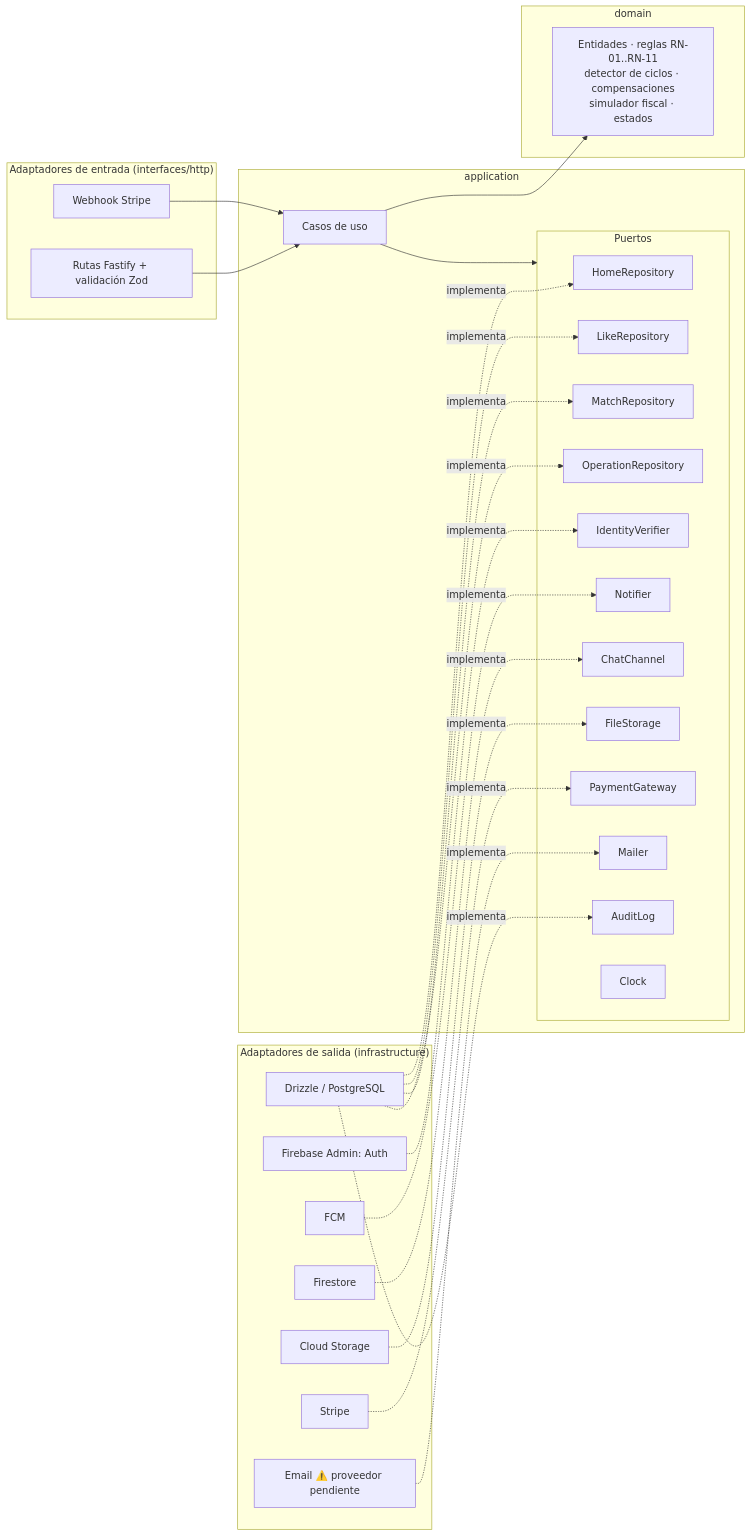
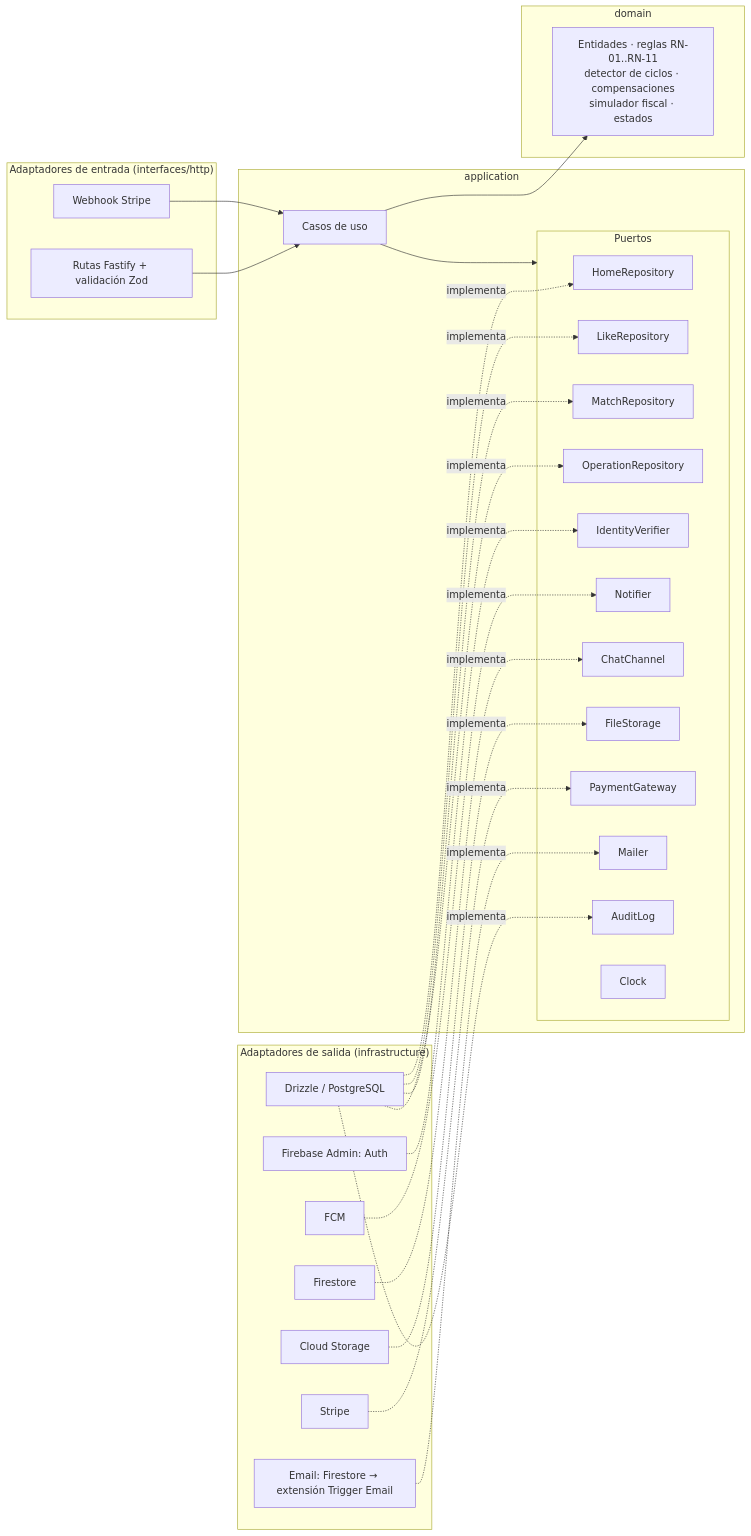
One commit to lcasadov/ChangeHouse changed the third of 6 diagrams in docs/architecture.md. Above: the diagram before and after it, drawn with Mermaid. The commit also changed other lines of this file and 11 other files, not shown here.

````diff
--- a/docs/architecture.md
+++ b/docs/architecture.md
@@ -118,47 +118,47 @@
 ```mermaid
 flowchart LR
     subgraph Entrada["Adaptadores de entrada (interfaces/http)"]
       R[Rutas Fastify + validación Zod]
       WH[Webhook Stripe]
     end
     subgraph App["application"]
       UC[Casos de uso]
       subgraph Puertos
         P1[HomeRepository]
         P2[LikeRepository]
         P3[MatchRepository]
         P4[OperationRepository]
         P5[IdentityVerifier]
         P6[Notifier]
         P7[ChatChannel]
         P8[FileStorage]
         P9[PaymentGateway]
         P10[Mailer]
         P11[AuditLog]
         P12[Clock]
       end
     end
     subgraph Dom["domain"]
       D[Entidades · reglas RN-01..RN-11<br/>detector de ciclos · compensaciones<br/>simulador fiscal · estados]
     end
     subgraph Salida["Adaptadores de salida (infrastructure)"]
       A1[Drizzle / PostgreSQL]
       A2[Firebase Admin: Auth]
       A3[FCM]
       A4[Firestore]
       A5[Cloud Storage]
       A6[Stripe]
-      A7[Email ⚠️ proveedor pendiente]
+      A7[Email: Firestore → extensión Trigger Email]
     end
     R --> UC
     WH --> UC
     UC --> D
     UC --> Puertos
     A1 -.implementa.-> P1 & P2 & P3 & P4 & P11
     A2 -.implementa.-> P5
     A3 -.implementa.-> P6
     A4 -.implementa.-> P7
     A5 -.implementa.-> P8
     A6 -.implementa.-> P9
     A7 -.implementa.-> P10
 ```
````
